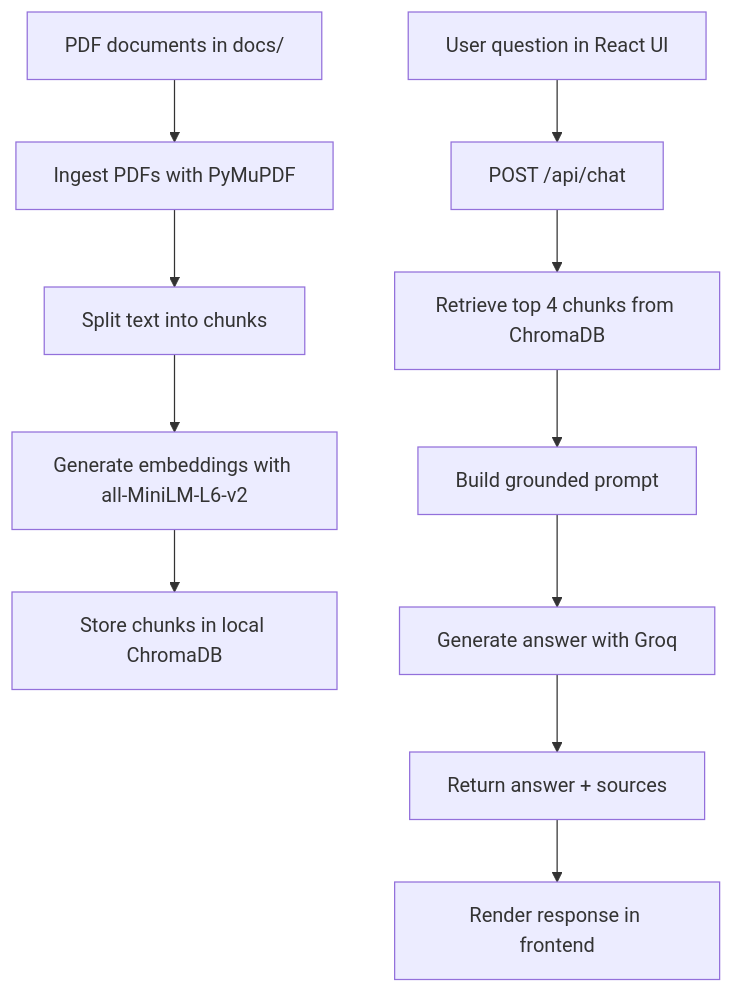
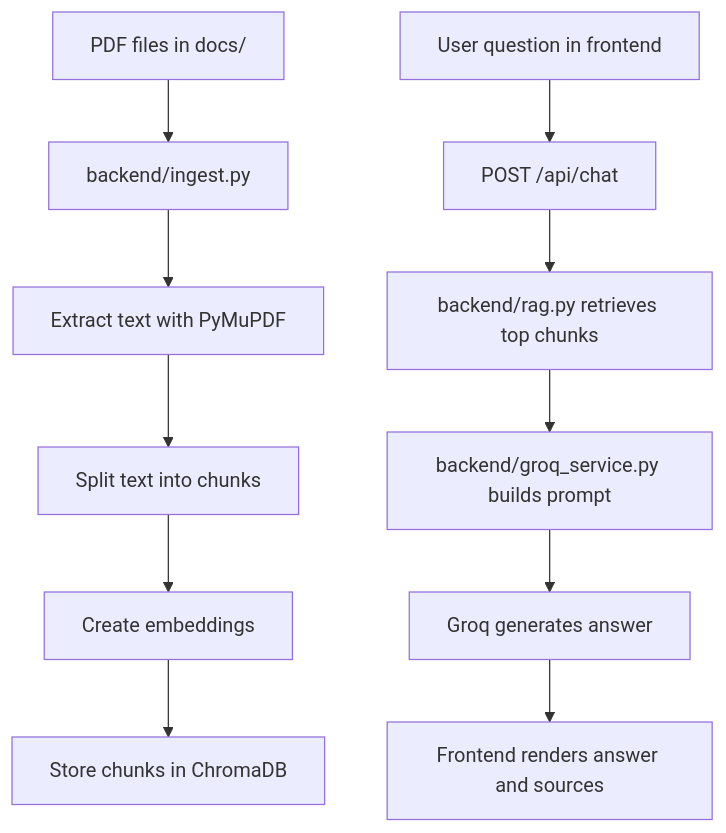
The diagram in README.md (karthikraja2612/SWS), drawn with Mermaid before and after one commit. The commit also changed other lines of this file and 21 other files, not shown here.

````diff
--- a/README.md
+++ b/README.md
@@ -31,13 +87,13 @@
 ```mermaid
 flowchart TD
-    A[PDF documents in docs/] --> B[Ingest PDFs with PyMuPDF]
-    B --> C[Split text into chunks]
-    C --> D[Generate embeddings with all-MiniLM-L6-v2]
-    D --> E[Store chunks in local ChromaDB]
-    F[User question in React UI] --> G[POST /api/chat]
-    G --> H[Retrieve top 4 chunks from ChromaDB]
-    H --> I[Build grounded prompt]
-    I --> J[Generate answer with Groq]
-    J --> K[Return answer + sources]
-    K --> L[Render response in frontend]
+    A[PDF files in docs/] --> B[backend/ingest.py]
+    B --> C[Extract text with PyMuPDF]
+    C --> D[Split text into chunks]
+    D --> E[Create embeddings]
+    E --> F[Store chunks in ChromaDB]
+    G[User question in frontend] --> H[POST /api/chat]
+    H --> I[backend/rag.py retrieves top chunks]
+    I --> J[backend/groq_service.py builds prompt]
+    J --> K[Groq generates answer]
+    K --> L[Frontend renders answer and sources]
 ```
````
